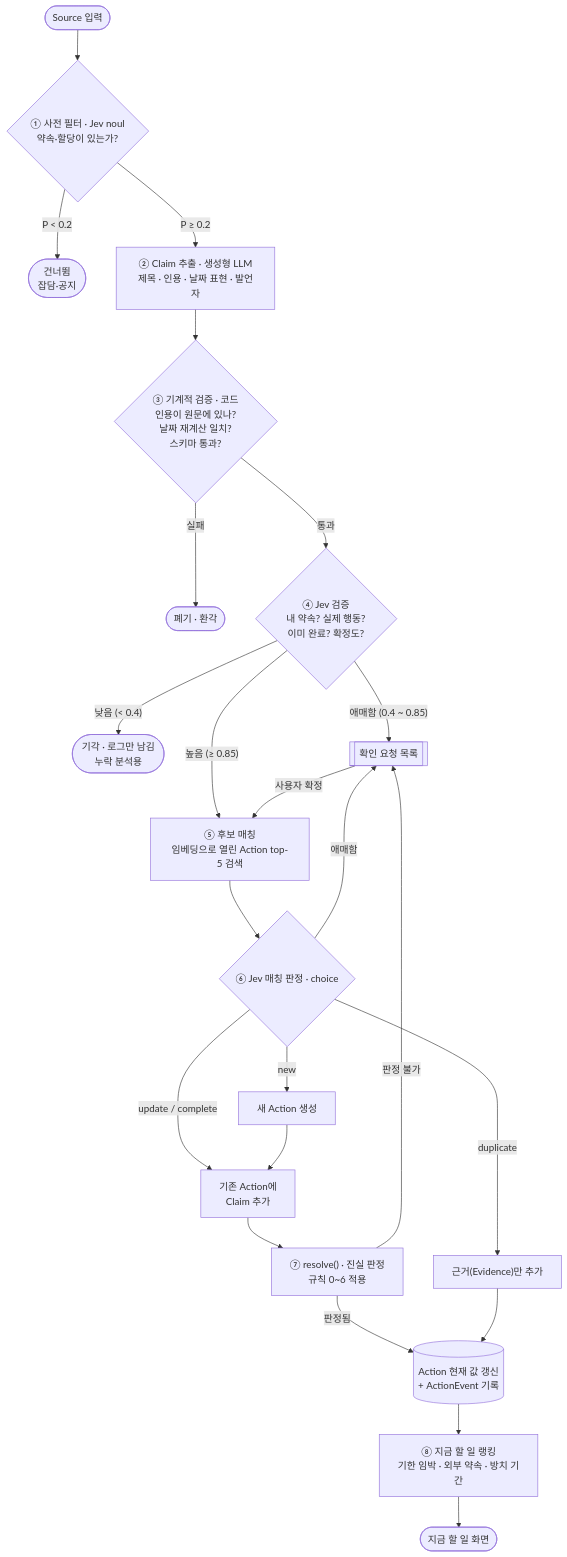
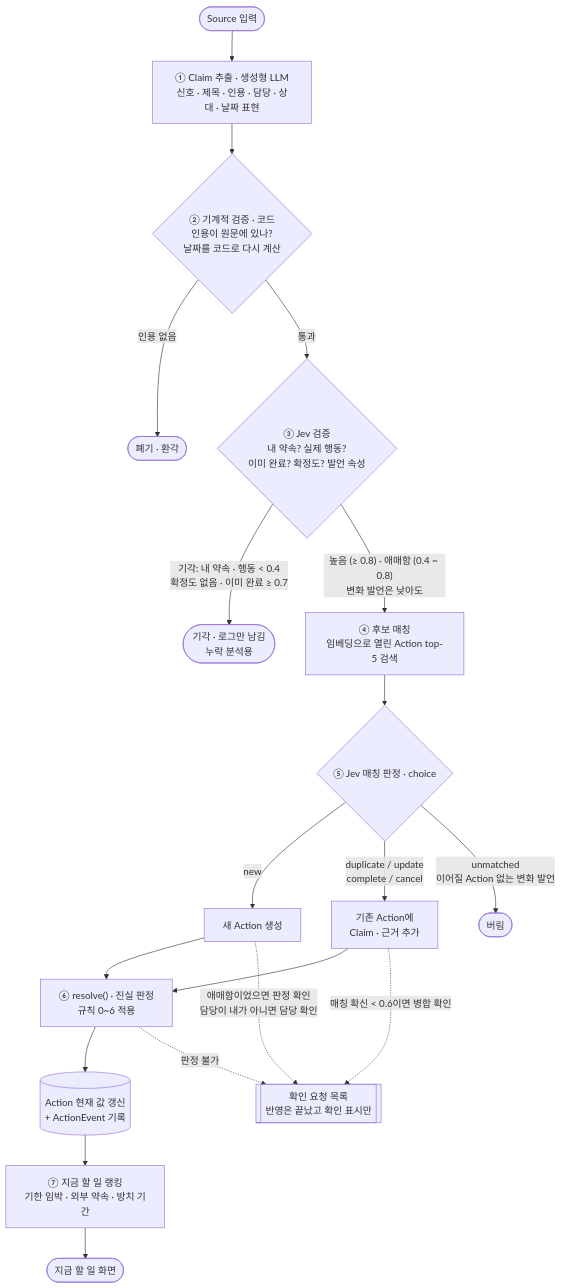
One commit to songch9511/taskforce-new changed the second of 6 diagrams in docs/ARCHITECTURE.md. Above: the diagram before and after it, drawn with Mermaid. The commit also changed other lines of this file and 9 other files, not shown here.

````diff
--- a/docs/ARCHITECTURE.md
+++ b/docs/ARCHITECTURE.md
@@ -106,29 +106,25 @@
 ```mermaid
 flowchart TD
-    A([Source 입력]) --> F{"① 사전 필터 · Jev noul<br/>약속·할당이 있는가?"}
-    F -- "P < 0.2" --> SKIP([건너뜀<br/>잡담·공지])
-    F -- "P ≥ 0.2" --> X["② Claim 추출 · 생성형 LLM<br/>제목 · 인용 · 날짜 표현 · 발언자"]
+    A([Source 입력]) --> X["① Claim 추출 · 생성형 LLM<br/>신호 · 제목 · 인용 · 담당 · 상대 · 날짜 표현"]
 
-    X --> M{"③ 기계적 검증 · 코드<br/>인용이 원문에 있나?<br/>날짜 재계산 일치?<br/>스키마 통과?"}
-    M -- 실패 --> DROP1([폐기 · 환각])
-    M -- 통과 --> J{"④ Jev 검증<br/>내 약속? 실제 행동?<br/>이미 완료? 확정도?"}
+    X --> M{"② 기계적 검증 · 코드<br/>인용이 원문에 있나?<br/>날짜를 코드로 다시 계산"}
+    M -- "인용 없음" --> DROP1([폐기 · 환각])
+    M -- 통과 --> J{"③ Jev 검증<br/>내 약속? 실제 행동?<br/>이미 완료? 확정도? 발언 속성"}
 
-    J -- "낮음 (< 0.4)" --> DROP2([기각 · 로그만 남김<br/>누락 분석용])
-    J -- "애매함 (0.4 ~ 0.85)" --> CQ[[확인 요청 목록]]
-    J -- "높음 (≥ 0.85)" --> K["⑤ 후보 매칭<br/>임베딩으로 열린 Action top-5 검색"]
-    CQ -- 사용자 확정 --> K
+    J -- "기각: 내 약속 · 행동 < 0.4<br/>확정도 없음 · 이미 완료 ≥ 0.7" --> DROP2([기각 · 로그만 남김<br/>누락 분석용])
+    J -- "높음 (≥ 0.8) · 애매함 (0.4 ~ 0.8)<br/>변화 발언은 낮아도" --> K["④ 후보 매칭<br/>임베딩으로 열린 Action top-5 검색"]
 
-    K --> MJ{"⑥ Jev 매칭 판정 · choice"}
+    K --> MJ{"⑤ Jev 매칭 판정 · choice"}
     MJ -- new --> NEW["새 Action 생성"]
-    MJ -- "update / complete" --> CL["기존 Action에<br/>Claim 추가"]
-    MJ -- duplicate --> EV["근거(Evidence)만 추가"]
-    MJ -- 애매함 --> CQ
+    MJ -- "duplicate / update<br/>complete / cancel" --> CL["기존 Action에<br/>Claim · 근거 추가"]
+    MJ -- "unmatched<br/>이어질 Action 없는 변화 발언" --> DROP3([버림])
 
-    NEW --> CL
-    CL --> R["⑦ resolve() · 진실 판정<br/>규칙 0~6 적용"]
-    R -- 판정 불가 --> CQ
-    R -- 판정됨 --> ACT[("Action 현재 값 갱신<br/>+ ActionEvent 기록")]
-    EV --> ACT
-    ACT --> RANK["⑧ 지금 할 일 랭킹<br/>기한 임박 · 외부 약속 · 방치 기간"]
+    NEW --> R["⑥ resolve() · 진실 판정<br/>규칙 0~6 적용"]
+    CL --> R
+    R --> ACT[("Action 현재 값 갱신<br/>+ ActionEvent 기록")]
+    NEW -. "애매함이었으면 판정 확인<br/>담당이 내가 아니면 담당 확인" .-> CQ[["확인 요청 목록<br/>반영은 끝났고 확인 표시만"]]
+    CL -. "매칭 확신 < 0.6이면 병합 확인" .-> CQ
+    R -. 판정 불가 .-> CQ
+    ACT --> RANK["⑦ 지금 할 일 랭킹<br/>기한 임박 · 외부 약속 · 방치 기간"]
     RANK --> NOW([지금 할 일 화면])
 ```
````
